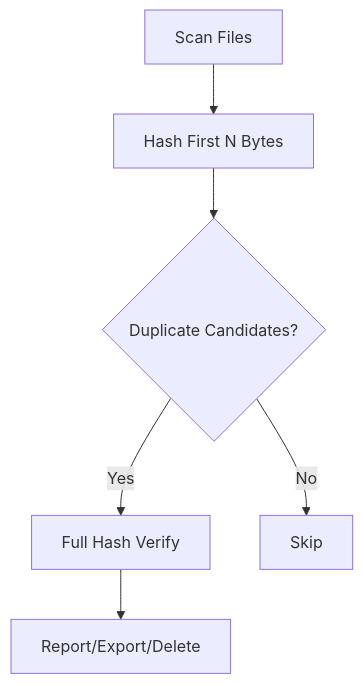
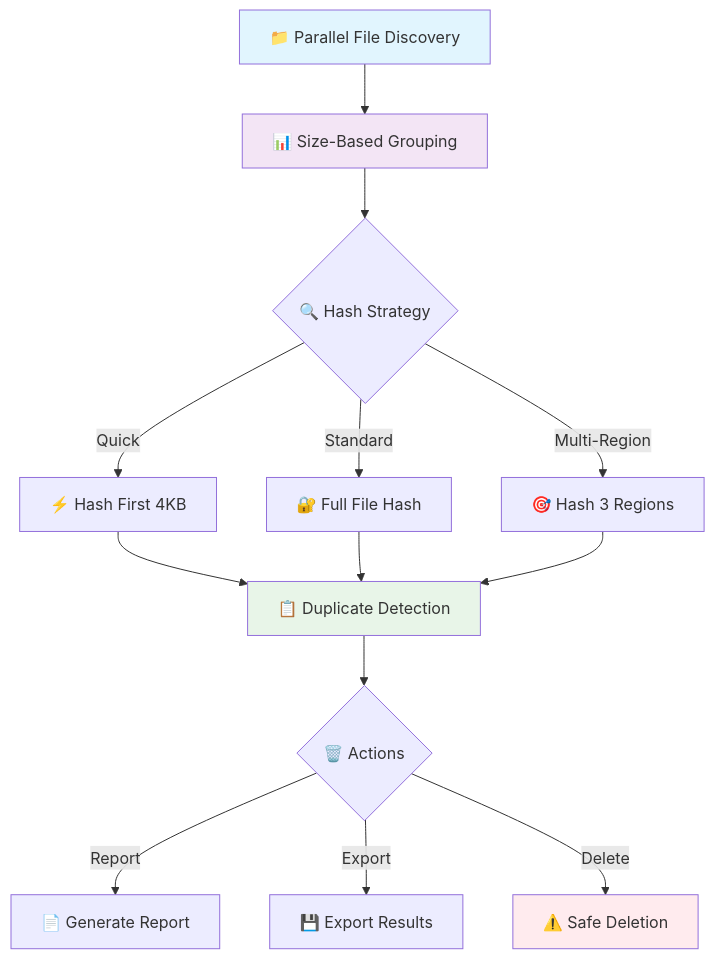
The diagram in README.md (ahmadqmalzoubi/duplicate-master), drawn with Mermaid before and after one commit. The commit also changed other lines of this file and 8 other files, not shown here.

````diff
--- a/README.md
+++ b/README.md
@@ -189,8 +282,20 @@
 ```mermaid
 graph TD
-    A[Scan Files] --> B[Hash First N Bytes]
-    B --> C{Duplicate Candidates?}
-    C -->|Yes| D[Full Hash Verify]
-    C -->|No| E[Skip]
-    D --> F[Report/Export/Delete]
+    A[📁 Parallel File Discovery] --> B[📊 Size-Based Grouping]
+    B --> C{🔍 Hash Strategy}
+    C -->|Quick| D[⚡ Hash First 4KB]
+    C -->|Standard| E[🔐 Full File Hash]
+    C -->|Multi-Region| F[🎯 Hash 3 Regions]
+    D --> G[📋 Duplicate Detection]
+    E --> G
+    F --> G
+    G --> H{🗑️ Actions}
+    H -->|Report| I[📄 Generate Report]
+    H -->|Export| J[💾 Export Results]
+    H -->|Delete| K[⚠️ Safe Deletion]
+    
+    style A fill:#e1f5fe
+    style B fill:#f3e5f5
+    style G fill:#e8f5e8
+    style K fill:#ffebee
 ```
````
